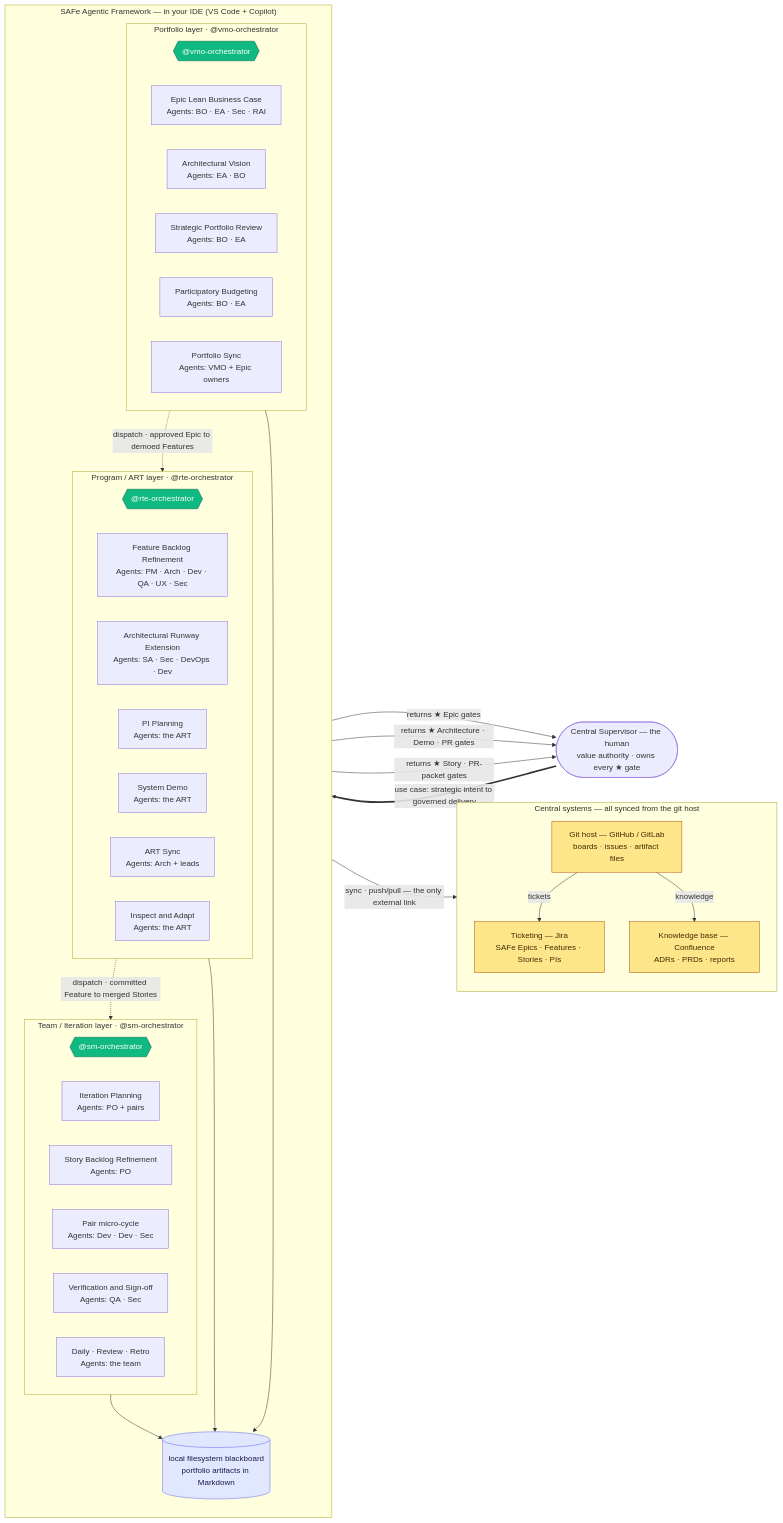
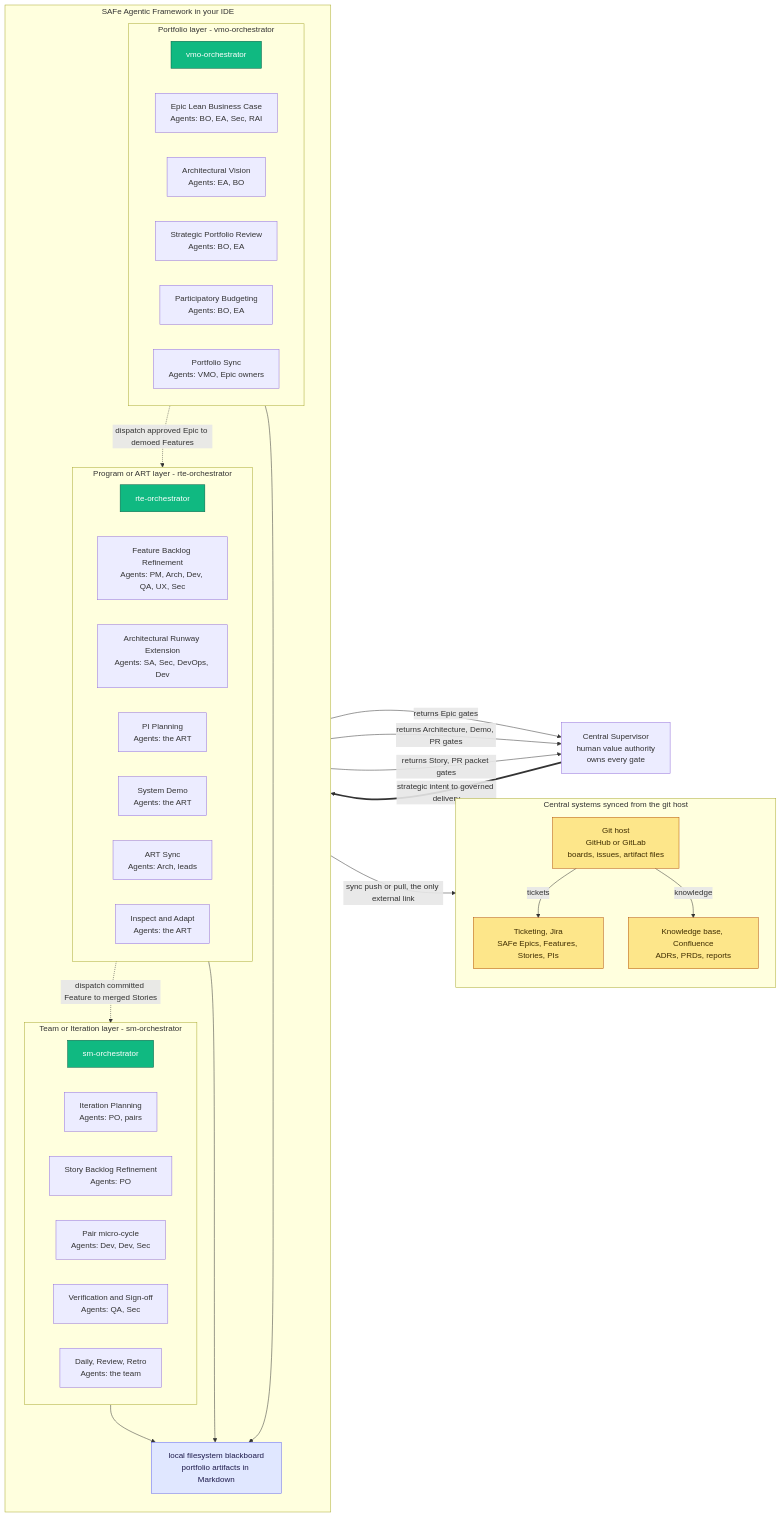
One commit to poesis-cloud/documentation changed the diagram in safe-agentic-framework.md. Above: the diagram before and after it, drawn with Mermaid. The commit also changed other lines of this file and 1 other file, not shown here.

Commit message:
docs(safe): simplify Mermaid graphs for docs renderer compatibility
Replace stricter Mermaid constructs with plain node shapes, simpler labels, and ASCII-safe edge text in both copies of the SAFe orchestration diagram to avoid parser errors in Mermaid 10.9.1.

````diff
--- a/safe-agentic-framework.md
+++ b/safe-agentic-framework.md
@@ -36,64 +36,64 @@
 ```mermaid
 flowchart LR
-    CS(["Central Supervisor — the human<br/>value authority · owns every ★ gate"])
+    CS["Central Supervisor<br/>human value authority<br/>owns every gate"]
 
-    subgraph FW["SAFe Agentic Framework — in your IDE (VS Code + Copilot)"]
+    subgraph FW["SAFe Agentic Framework in your IDE"]
       direction TB
-      subgraph PORT["Portfolio layer · @vmo-orchestrator"]
+      subgraph PORT["Portfolio layer - vmo-orchestrator"]
         direction LR
-        VMO{{"@vmo-orchestrator"}}
-        ELBC["Epic Lean Business Case<br/>Agents: BO · EA · Sec · RAI"]
-        AV["Architectural Vision<br/>Agents: EA · BO"]
-        SPR["Strategic Portfolio Review<br/>Agents: BO · EA"]
-        PB["Participatory Budgeting<br/>Agents: BO · EA"]
-        PS["Portfolio Sync<br/>Agents: VMO + Epic owners"]
+        VMO["vmo-orchestrator"]
+        ELBC["Epic Lean Business Case<br/>Agents: BO, EA, Sec, RAI"]
+        AV["Architectural Vision<br/>Agents: EA, BO"]
+        SPR["Strategic Portfolio Review<br/>Agents: BO, EA"]
+        PB["Participatory Budgeting<br/>Agents: BO, EA"]
+        PS["Portfolio Sync<br/>Agents: VMO, Epic owners"]
       end
-      subgraph PROG["Program / ART layer · @rte-orchestrator"]
+      subgraph PROG["Program or ART layer - rte-orchestrator"]
         direction LR
-        RTE{{"@rte-orchestrator"}}
-        FBR["Feature Backlog Refinement<br/>Agents: PM · Arch · Dev · QA · UX · Sec"]
-        ARE["Architectural Runway Extension<br/>Agents: SA · Sec · DevOps · Dev"]
+        RTE["rte-orchestrator"]
+        FBR["Feature Backlog Refinement<br/>Agents: PM, Arch, Dev, QA, UX, Sec"]
+        ARE["Architectural Runway Extension<br/>Agents: SA, Sec, DevOps, Dev"]
         PIP["PI Planning<br/>Agents: the ART"]
         SD["System Demo<br/>Agents: the ART"]
-        ASY["ART Sync<br/>Agents: Arch + leads"]
+        ASY["ART Sync<br/>Agents: Arch, leads"]
         IA["Inspect and Adapt<br/>Agents: the ART"]
       end
-      subgraph ITER["Team / Iteration layer · @sm-orchestrator"]
+      subgraph ITER["Team or Iteration layer - sm-orchestrator"]
         direction LR
-        SM{{"@sm-orchestrator"}}
-        IP["Iteration Planning<br/>Agents: PO + pairs"]
+        SM["sm-orchestrator"]
+        IP["Iteration Planning<br/>Agents: PO, pairs"]
         SBR["Story Backlog Refinement<br/>Agents: PO"]
-        PAIR["Pair micro-cycle<br/>Agents: Dev · Dev · Sec"]
-        VS["Verification and Sign-off<br/>Agents: QA · Sec"]
-        DSR["Daily · Review · Retro<br/>Agents: the team"]
+        PAIR["Pair micro-cycle<br/>Agents: Dev, Dev, Sec"]
+        VS["Verification and Sign-off<br/>Agents: QA, Sec"]
+        DSR["Daily, Review, Retro<br/>Agents: the team"]
       end
-      FSL[("local filesystem blackboard<br/>portfolio artifacts in Markdown")]
+      FSL["local filesystem blackboard<br/>portfolio artifacts in Markdown"]
     end
 
-    subgraph CENTRAL["Central systems — all synced from the git host"]
+    subgraph CENTRAL["Central systems synced from the git host"]
       direction TB
-      GH["Git host — GitHub / GitLab<br/>boards · issues · artifact files"]
-      JIRA["Ticketing — Jira<br/>SAFe Epics · Features · Stories · PIs"]
-      CONF["Knowledge base — Confluence<br/>ADRs · PRDs · reports"]
+      GH["Git host<br/>GitHub or GitLab<br/>boards, issues, artifact files"]
+      JIRA["Ticketing, Jira<br/>SAFe Epics, Features, Stories, PIs"]
+      CONF["Knowledge base, Confluence<br/>ADRs, PRDs, reports"]
       GH -->|"tickets"| JIRA
       GH -->|"knowledge"| CONF
     end
 
-    CS ==>|"use case: strategic intent to governed delivery"| VMO
-    VMO -.->|"dispatch · approved Epic to demoed Features"| RTE
-    RTE -.->|"dispatch · committed Feature to merged Stories"| SM
-    VMO -->|"returns ★ Epic gates"| CS
-    RTE -->|"returns ★ Architecture · Demo · PR gates"| CS
-    SM -->|"returns ★ Story · PR-packet gates"| CS
+    CS ==>|"strategic intent to governed delivery"| VMO
+    VMO -.->|"dispatch approved Epic to demoed Features"| RTE
+    RTE -.->|"dispatch committed Feature to merged Stories"| SM
+    VMO -->|"returns Epic gates"| CS
+    RTE -->|"returns Architecture, Demo, PR gates"| CS
+    SM -->|"returns Story, PR packet gates"| CS
     VMO --> FSL
     RTE --> FSL
     SM --> FSL
-    FSL -->|"sync · push/pull — the only external link"| GH
+    FSL -->|"sync push or pull, the only external link"| GH
 
     classDef orch fill:#10b981,stroke:#065f46,color:#ffffff;
     classDef fs fill:#e0e7ff,stroke:#6366f1,color:#1e1b4b;
     classDef ext fill:#fde68a,stroke:#b45309,color:#3f2d00;
     class VMO,RTE,SM orch
     class FSL fs
     class GH,JIRA,CONF ext
 ```
````
